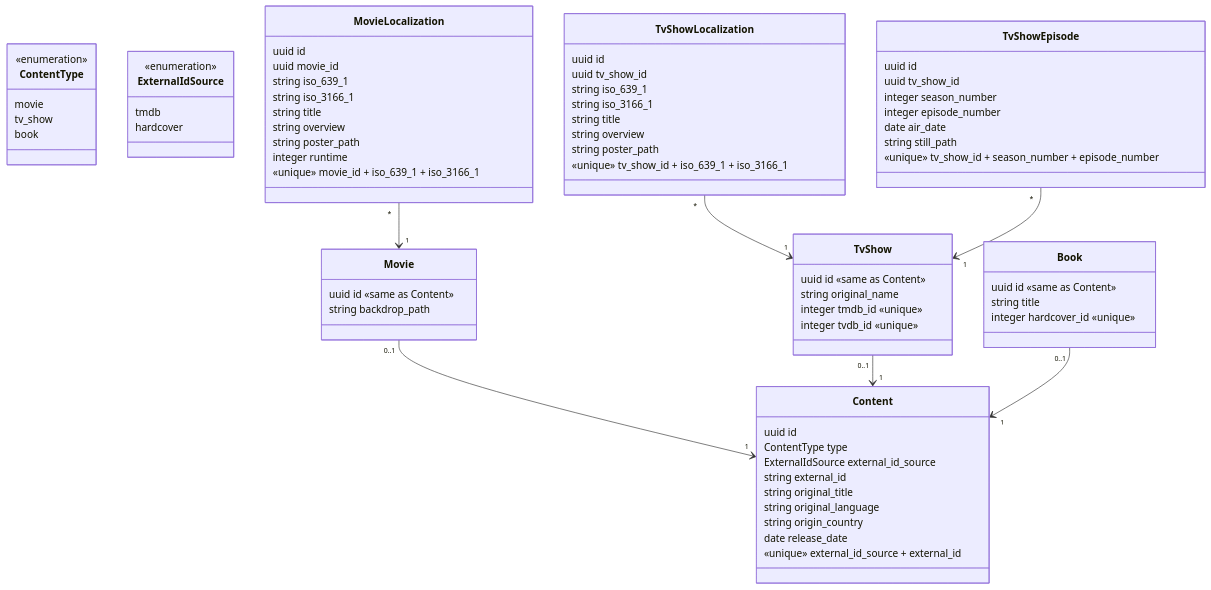
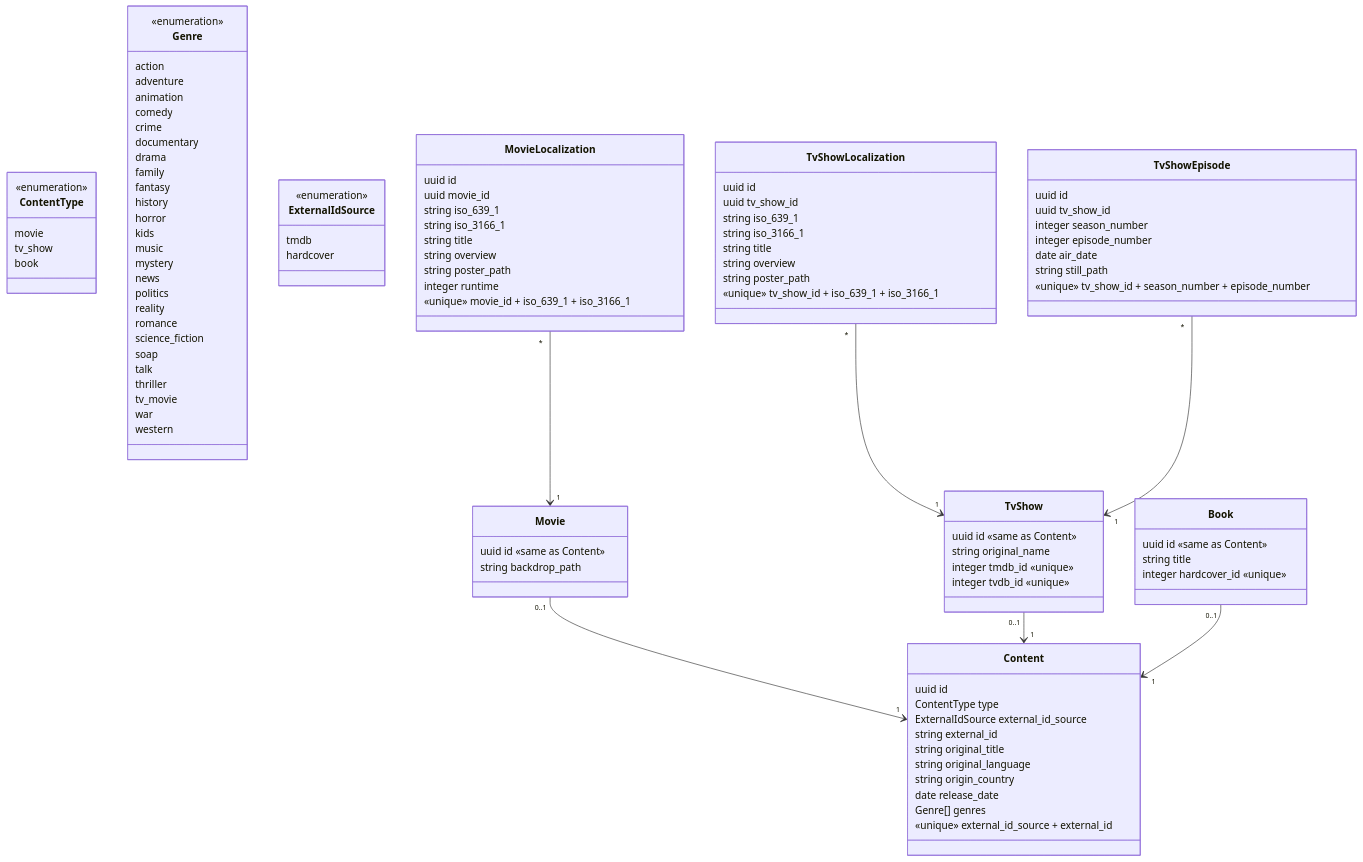
Before and after one commit to nat-e/watch_club: the third of 11 diagrams in docs/data-model.md, drawn with Mermaid. The commit also changed 10 other files, not shown here.

```diff
--- a/docs/data-model.md
+++ b/docs/data-model.md
@@ -64,6 +64,7 @@
     string original_language
     string origin_country
     date release_date
+    Genre[] genres
     «unique» external_id_source + external_id
   }
   class ContentType {
@@ -71,6 +72,34 @@
     movie
     tv_show
     book
+  }
+  class Genre {
+    <<enumeration>>
+    action
+    adventure
+    animation
+    comedy
+    crime
+    documentary
+    drama
+    family
+    fantasy
+    history
+    horror
+    kids
+    music
+    mystery
+    news
+    politics
+    reality
+    romance
+    science_fiction
+    soap
+    talk
+    thriller
+    tv_movie
+    war
+    western
   }
   class ExternalIdSource {
     <<enumeration>>
```
